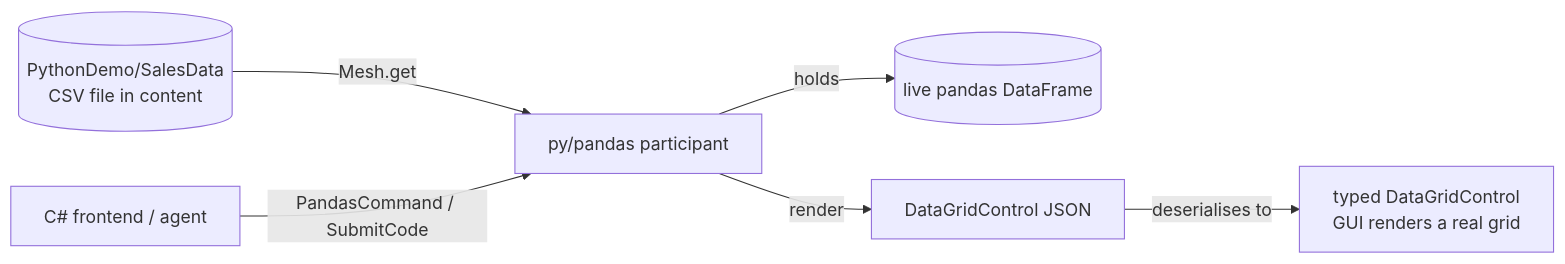
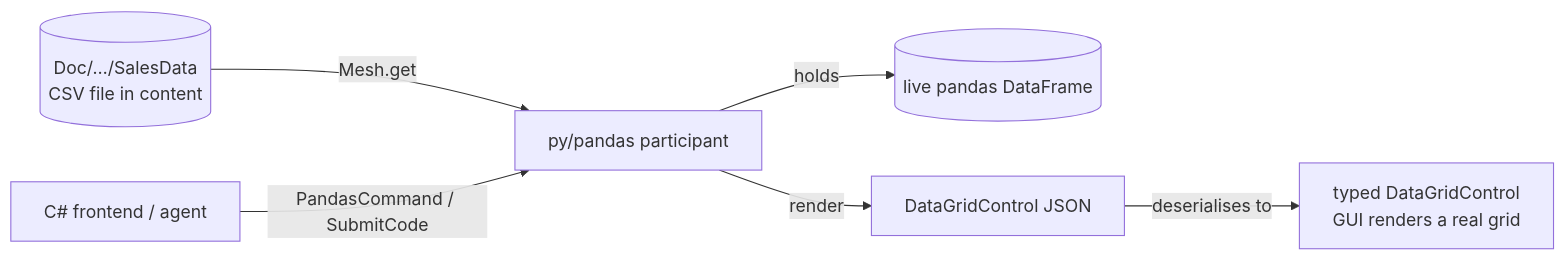
Before and after one commit to Systemorph/MeshWeaver: the first of 2 diagrams in src/MeshWeaver.Documentation/Data/DataMesh/PythonPandasNode.md, drawn with Mermaid. The commit also changed other lines of this file and 10 other files, not shown here.

First line of the commit message:
feat(docs): ship the pandas example in the Doc partition + a pandas gate — make PythonPandasNode live

````diff
--- a/src/MeshWeaver.Documentation/Data/DataMesh/PythonPandasNode.md
+++ b/src/MeshWeaver.Documentation/Data/DataMesh/PythonPandasNode.md
@@ -57,8 +57,8 @@
 ```mermaid
 graph LR
-    S[(PythonDemo/SalesData<br/>CSV file in content)] -- Mesh.get --> B[py/pandas participant]
+    S[(Doc/…/SalesData<br/>CSV file in content)] -- Mesh.get --> B[py/pandas participant]
     A[C# frontend / agent] -- PandasCommand / SubmitCode --> B
     B -- holds --> D[(live pandas DataFrame)]
     B -- render --> G[DataGridControl JSON]
     G -- deserialises to --> H[typed DataGridControl<br/>GUI renders a real grid]
 ```
````
